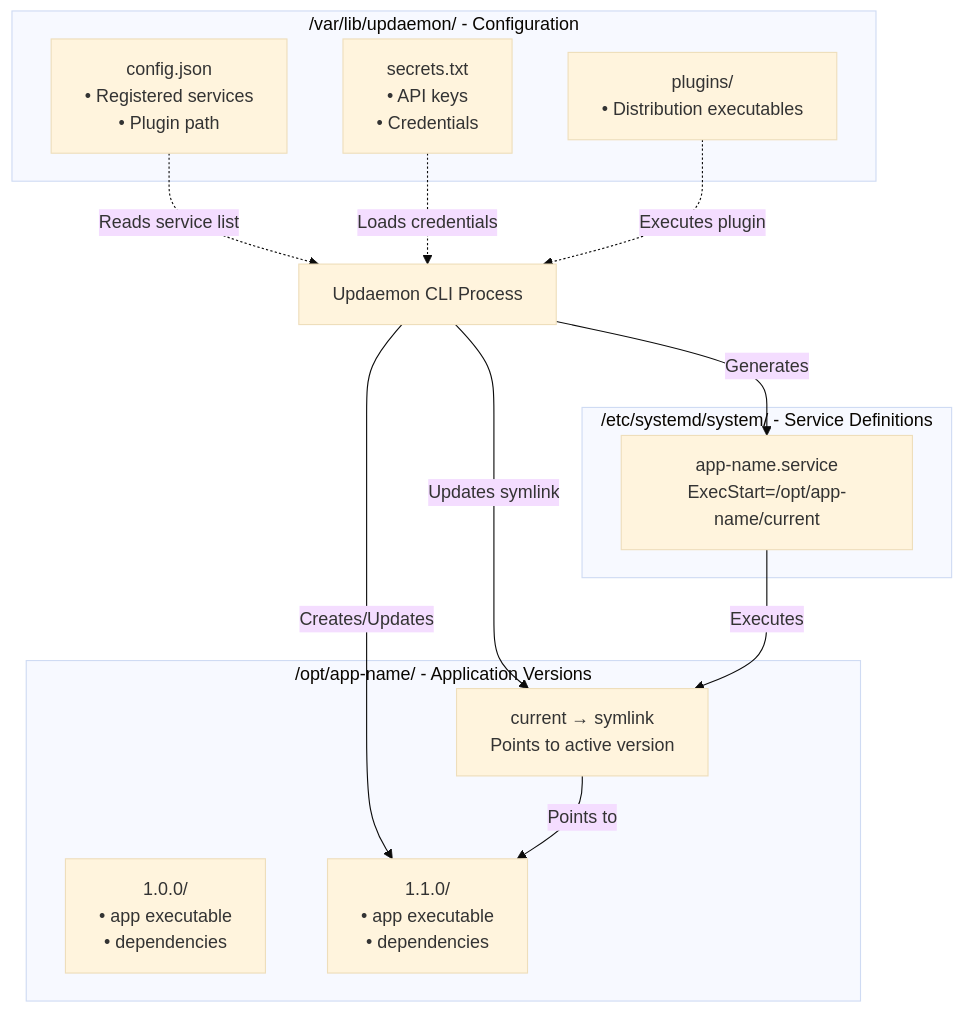
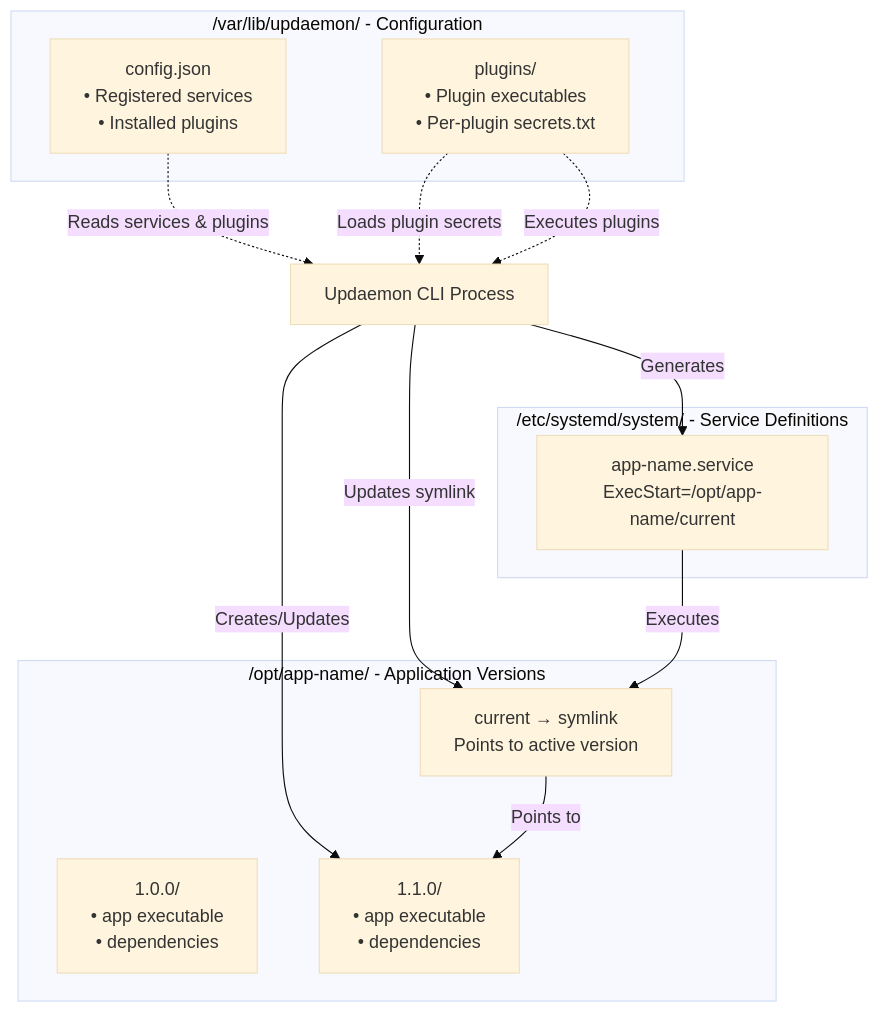
One commit to AdamTovatt/updaemon changed the fourth of 6 diagrams in README.md. Above: the diagram before and after it, drawn with Mermaid (base theme). The commit also changed other lines of this file, not shown here.

````diff
--- a/README.md
+++ b/README.md
@@ -630,29 +633,28 @@
 ```mermaid
 graph TB
     subgraph "/var/lib/updaemon/ - Configuration"
-        ConfigJson["config.json<br/>• Registered services<br/>• Plugin path"]
-        SecretsFile["secrets.txt<br/>• API keys<br/>• Credentials"]
-        PluginsDir["plugins/<br/>• Distribution executables"]
+        ConfigJson["config.json<br/>• Registered services<br/>• Installed plugins"]
+        PluginsDir["plugins/<br/>• Plugin executables<br/>• Per-plugin secrets.txt"]
     end
     
     subgraph "/opt/app-name/ - Application Versions"
         V100["1.0.0/<br/>• app executable<br/>• dependencies"]
         V110["1.1.0/<br/>• app executable<br/>• dependencies"]
         Current["current → symlink<br/>Points to active version"]
     end
     
     subgraph "/etc/systemd/system/ - Service Definitions"
         UnitFile["app-name.service<br/>ExecStart=/opt/app-name/current"]
     end
     
-    ConfigJson -.->|Reads service list| Updaemon[Updaemon CLI Process]
-    SecretsFile -.->|Loads credentials| Updaemon
-    PluginsDir -.->|Executes plugin| Updaemon
+    ConfigJson -.->|Reads services & plugins| Updaemon[Updaemon CLI Process]
+    PluginsDir -.->|Loads plugin secrets| Updaemon
+    PluginsDir -.->|Executes plugins| Updaemon
     
     Updaemon -->|Creates/Updates| V110
     Updaemon -->|Updates symlink| Current
     Updaemon -->|Generates| UnitFile
     
     UnitFile -->|Executes| Current
     Current -->|Points to| V110
 ```
````
